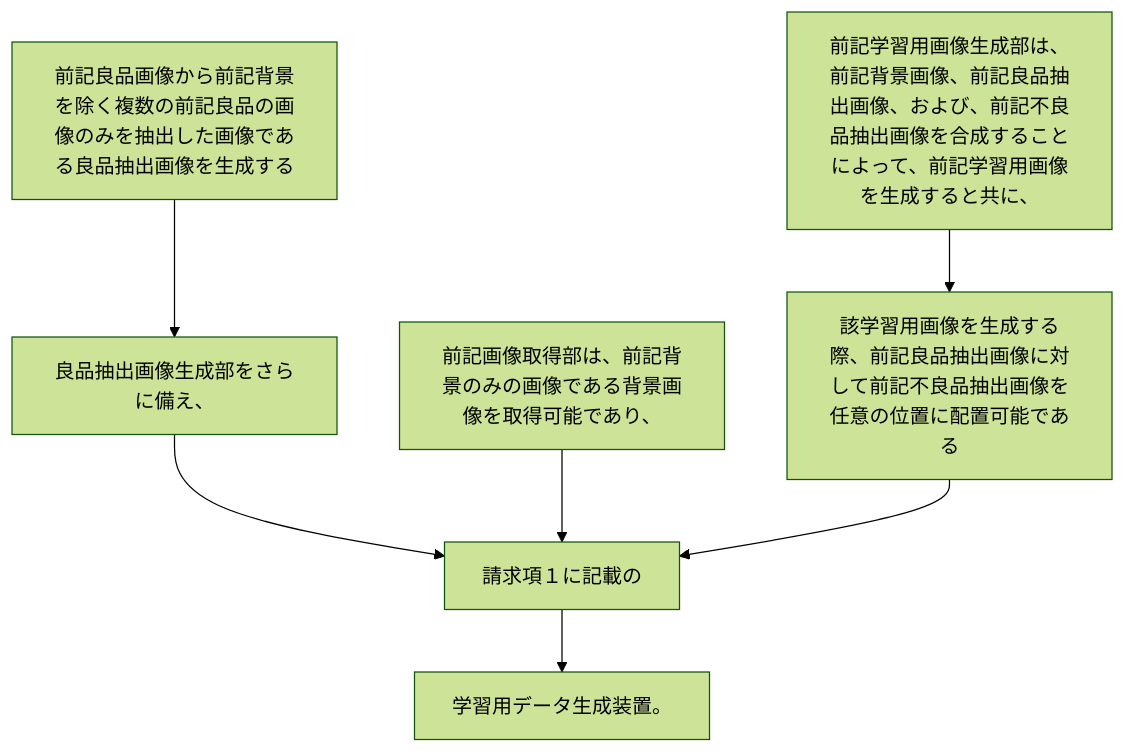
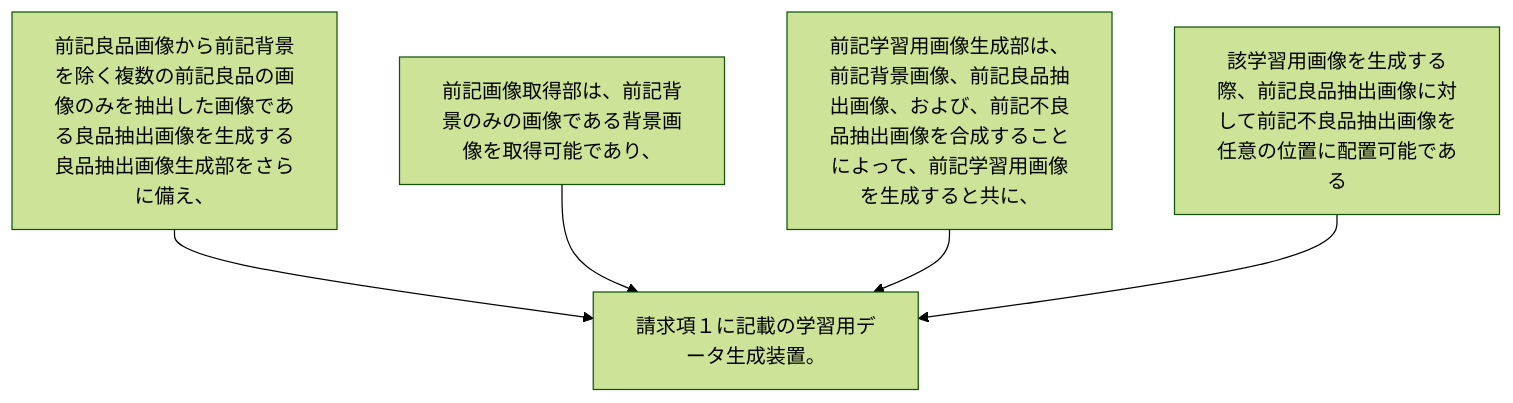
Before and after one commit to shinmori55/patent_analyzed: the diagram in 2024/JP2024000284A/claim_5/claim_5_graph.md, drawn with Mermaid (forest theme). The commit also changed 15 other files, not shown here.

````diff
--- a/2024/JP2024000284A/claim_5/claim_5_graph.md
+++ b/2024/JP2024000284A/claim_5/claim_5_graph.md
@@ -1,16 +1,12 @@
 ```mermaid
 flowchart TD
-A[前記良品画像から前記背景を除く複数の前記良品の画像のみを抽出した画像である良品抽出画像を生成する]
-B[良品抽出画像生成部をさらに備え、]
-C[前記画像取得部は、前記背景のみの画像である背景画像を取得可能であり、]
-D[前記学習用画像生成部は、前記背景画像、前記良品抽出画像、および、前記不良品抽出画像を合成することによって、前記学習用画像を生成すると共に、]
-E[該学習用画像を生成する際、前記良品抽出画像に対して前記不良品抽出画像を任意の位置に配置可能である]
-F[請求項１に記載の]
-G[学習用データ生成装置。]
-A --> B
-B --> F
-C --> F
+A[前記良品画像から前記背景を除く複数の前記良品の画像のみを抽出した画像である良品抽出画像を生成する良品抽出画像生成部をさらに備え、]
+B[前記画像取得部は、前記背景のみの画像である背景画像を取得可能であり、]
+C[前記学習用画像生成部は、前記背景画像、前記良品抽出画像、および、前記不良品抽出画像を合成することによって、前記学習用画像を生成すると共に、]
+D[該学習用画像を生成する際、前記良品抽出画像に対して前記不良品抽出画像を任意の位置に配置可能である]
+E[請求項１に記載の学習用データ生成装置。]
+A --> E
+B --> E
+C --> E
 D --> E
-E --> F
-F --> G
 ```
````
